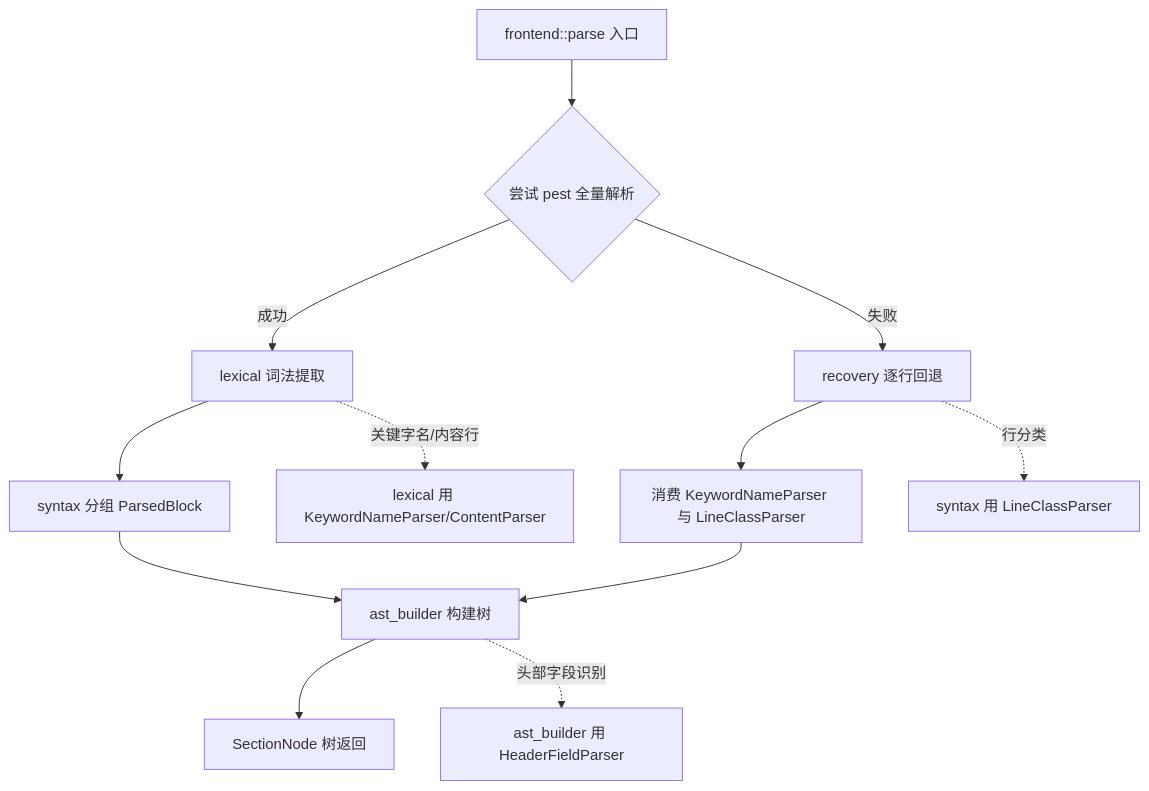
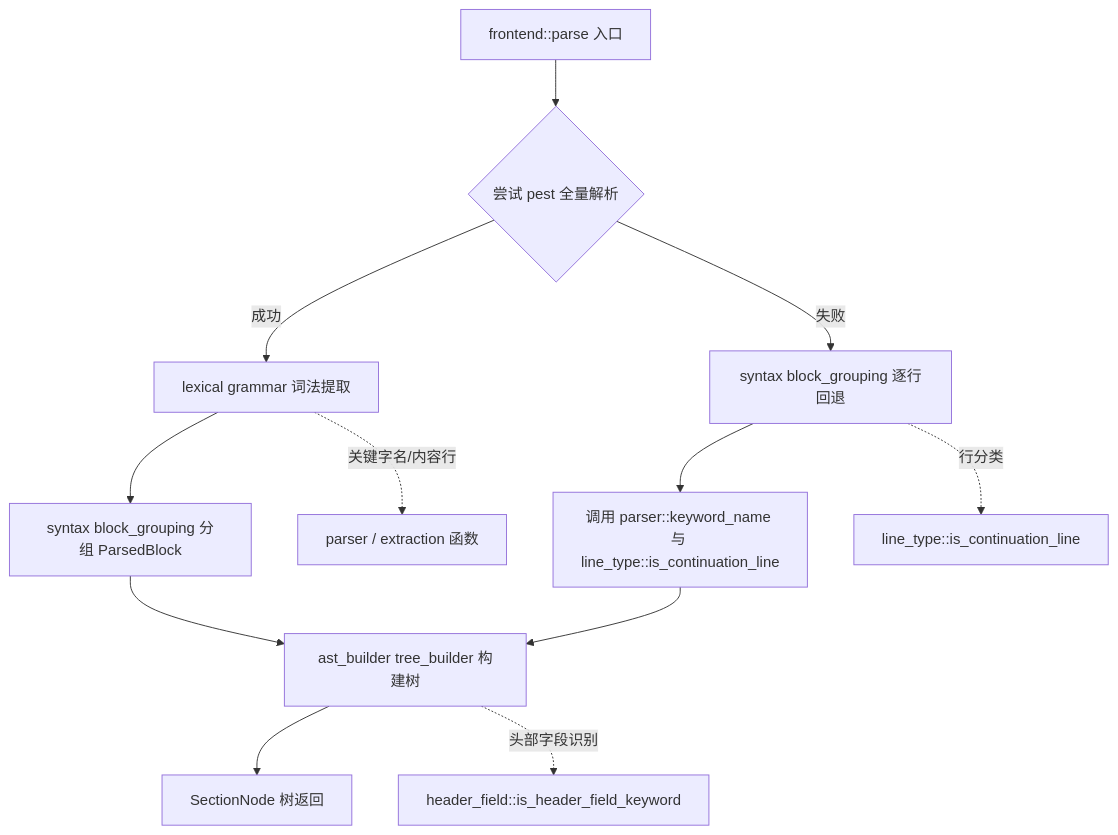
The diagram in plans/frontend_compat_architecture.md (ykjoe/IBIS_Parser), drawn with Mermaid before and after one commit. The commit also changed other lines of this file and 10 other files, not shown here.

Commit message:
Optimize ibis2ibstoml front-end architecture

````diff
--- a/plans/frontend_compat_architecture.md
+++ b/plans/frontend_compat_architecture.md
@@ -64,14 +88,14 @@
 ```mermaid
 flowchart TD
     A[frontend::parse 入口] --> B{尝试 pest 全量解析}
-    B -- 成功 --> C[lexical 词法提取]
-    C --> D[syntax 分组 ParsedBlock]
-    D --> E[ast_builder 构建树]
-    B -- 失败 --> F[recovery 逐行回退]
-    F --> G[消费 KeywordNameParser 与 LineClassParser]
+    B -- 成功 --> C[lexical grammar 词法提取]
+    C --> D[syntax block_grouping 分组 ParsedBlock]
+    D --> E[ast_builder tree_builder 构建树]
+    B -- 失败 --> F[syntax block_grouping 逐行回退]
+    F --> G[调用 parser::keyword_name 与 line_type::is_continuation_line]
     G --> E
     E --> H[SectionNode 树返回]
-    E -. 头部字段识别 .-> I[ast_builder 用 HeaderFieldParser]
-    C -. 关键字名/内容行 .-> J[lexical 用 KeywordNameParser/ContentParser]
-    F -. 行分类 .-> K[syntax 用 LineClassParser]
+    E -. 头部字段识别 .-> I[header_field::is_header_field_keyword]
+    C -. 关键字名/内容行 .-> J[parser / extraction 函数]
+    F -. 行分类 .-> K[line_type::is_continuation_line]
 ```
````
